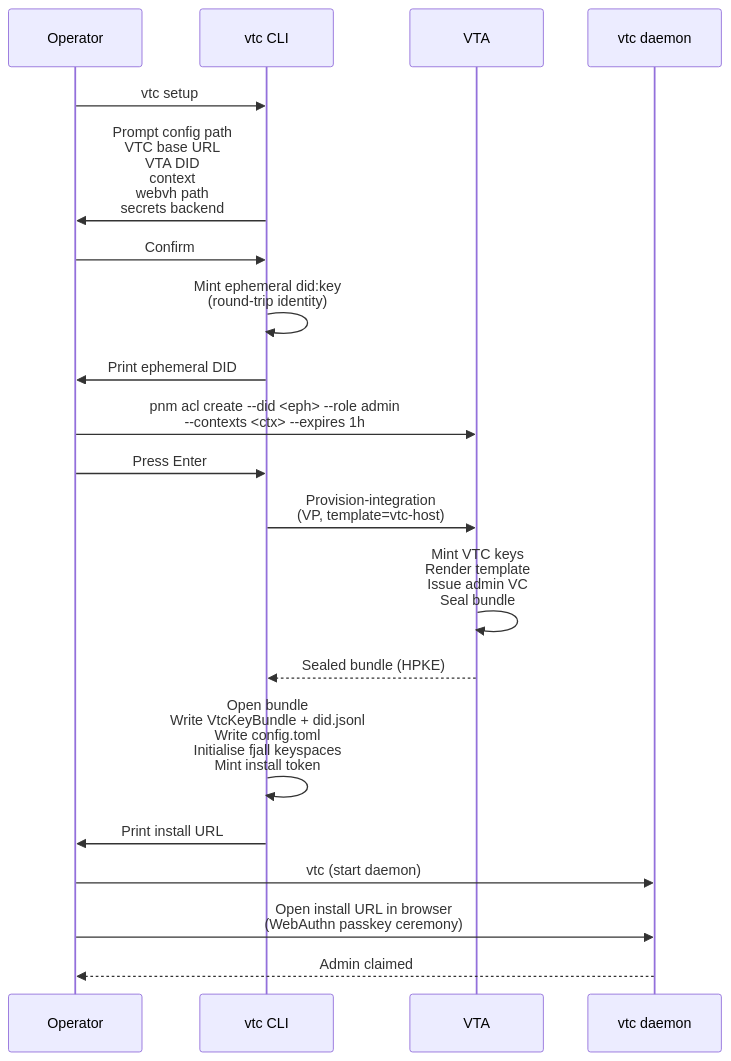
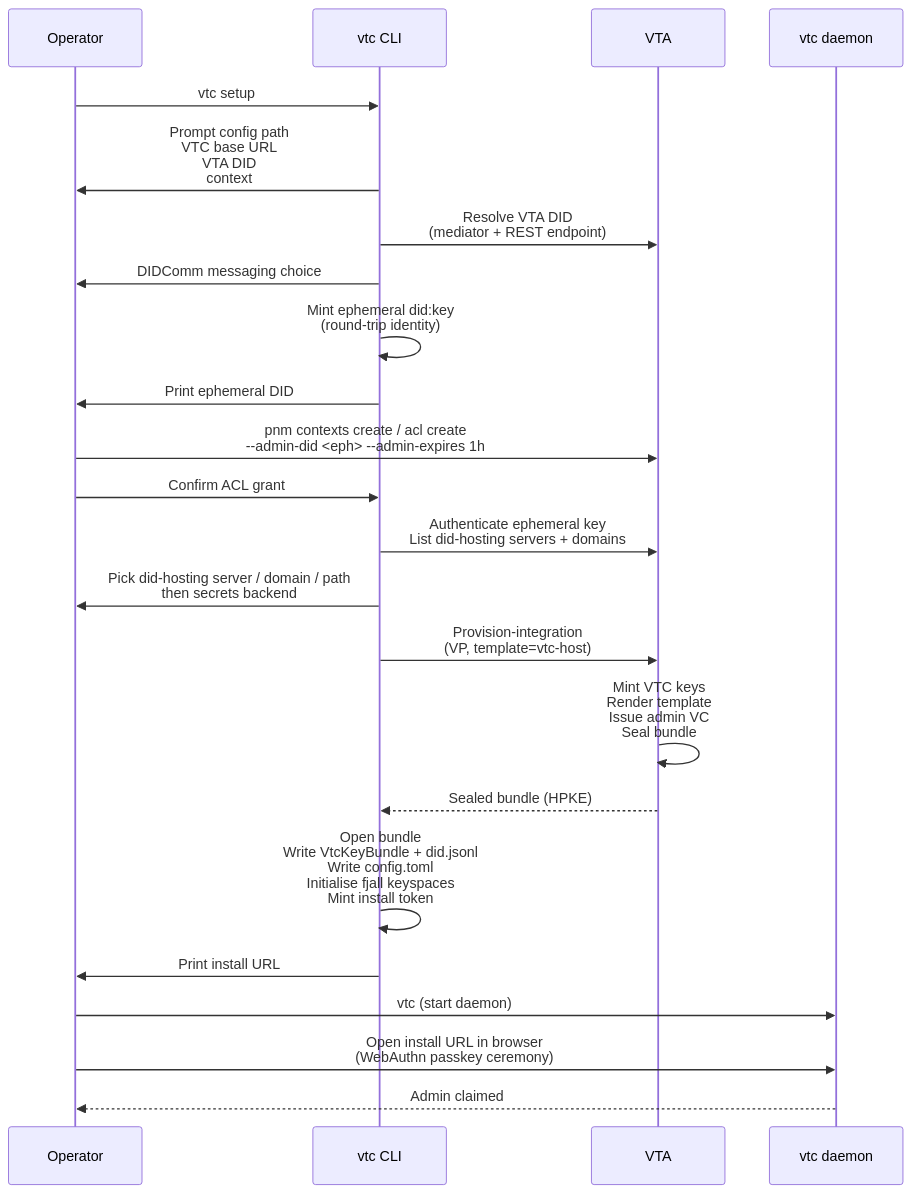
One commit to yaroslava-kurash/verifiable-trust-infrastructure changed the second of 2 diagrams in docs/03-vtc/getting-started.md. Above: the diagram before and after it, drawn with Mermaid. The commit also changed other lines of this file and 5 other files, not shown here.

First line of the commit message:
fix(setup): TEE-only resolver prompt, richer VTC did-hosting picker, config-secret write (#144)

````diff
--- a/docs/03-vtc/getting-started.md
+++ b/docs/03-vtc/getting-started.md
@@ -54,23 +54,26 @@
 ```mermaid
 sequenceDiagram
     participant Op as Operator
     participant CLI as vtc CLI
     participant VTA as VTA
     participant VTC as vtc daemon
 
     Op->>CLI: vtc setup
-    CLI->>Op: Prompt config path<br/>VTC base URL<br/>VTA DID<br/>context<br/>webvh path<br/>secrets backend
-    Op->>CLI: Confirm
+    CLI->>Op: Prompt config path<br/>VTC base URL<br/>VTA DID<br/>context
+    CLI->>VTA: Resolve VTA DID<br/>(mediator + REST endpoint)
+    CLI->>Op: DIDComm messaging choice
     CLI->>CLI: Mint ephemeral did:key<br/>(round-trip identity)
     CLI->>Op: Print ephemeral DID
-    Op->>VTA: pnm acl create --did <eph> --role admin<br/>--contexts <ctx> --expires 1h
-    Op->>CLI: Press Enter
+    Op->>VTA: pnm contexts create / acl create<br/>--admin-did <eph> --admin-expires 1h
+    Op->>CLI: Confirm ACL grant
+    CLI->>VTA: Authenticate ephemeral key<br/>List did-hosting servers + domains
+    CLI->>Op: Pick did-hosting server / domain / path<br/>then secrets backend
     CLI->>VTA: Provision-integration<br/>(VP, template=vtc-host)
     VTA->>VTA: Mint VTC keys<br/>Render template<br/>Issue admin VC<br/>Seal bundle
     VTA-->>CLI: Sealed bundle (HPKE)
     CLI->>CLI: Open bundle<br/>Write VtcKeyBundle + did.jsonl<br/>Write config.toml<br/>Initialise fjall keyspaces<br/>Mint install token
     CLI->>Op: Print install URL
     Op->>VTC: vtc (start daemon)
     Op->>VTC: Open install URL in browser<br/>(WebAuthn passkey ceremony)
     VTC-->>Op: Admin claimed
 ```
````
